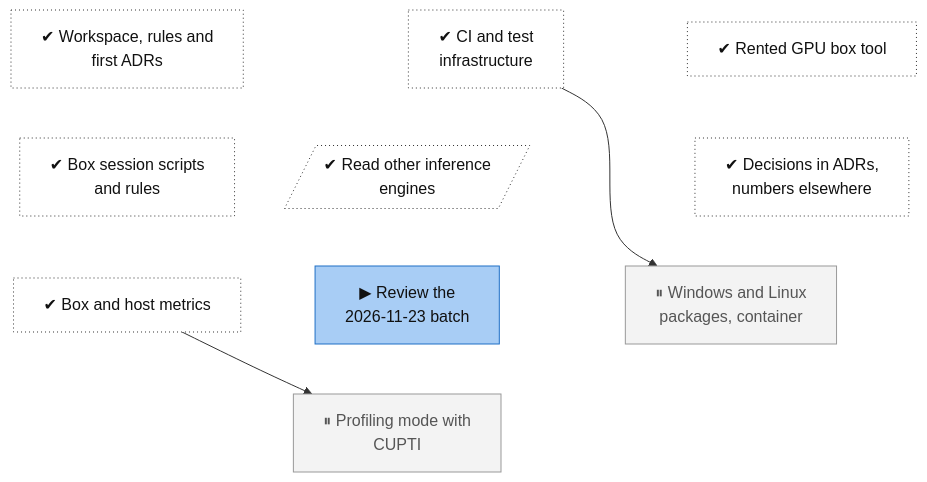
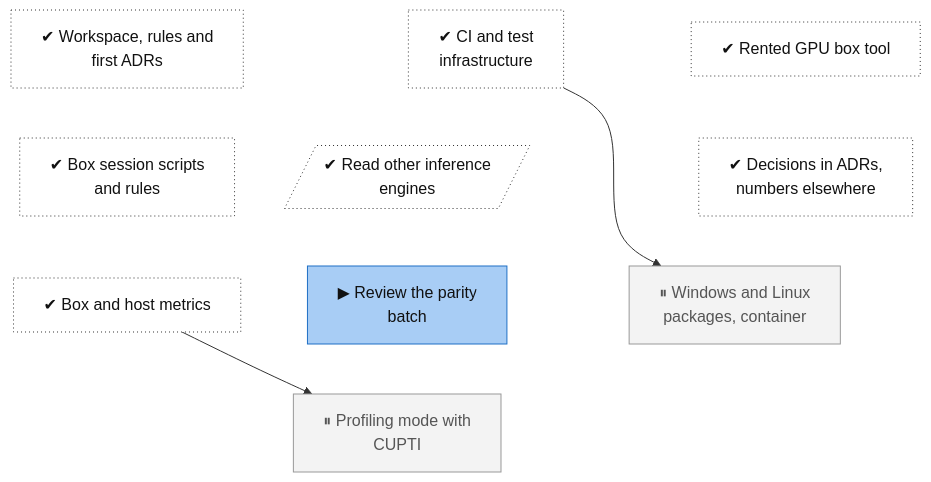
The diagram in docs/roadmap/tracks/ops.md (lhns/tetraeder), drawn with Mermaid before and after one commit. The commit also changed other lines of this file and 3 other files, not shown here.

Commit message:
Roadmap: review node title in plain words (not measured)

````diff
--- a/docs/roadmap/tracks/ops.md
+++ b/docs/roadmap/tracks/ops.md
@@ -10,41 +10,41 @@
 ```mermaid
 flowchart TB
     ops_foundations["✔ Workspace, rules and<br/>first ADRs"]
     ops_ci["✔ CI and test<br/>infrastructure"]
     ops_taxameter["✔ Rented GPU box tool"]
     ops_box_driver["✔ Box session scripts<br/>and rules"]
     ops_external_reads[/"✔ Read other inference<br/>engines"/]
     ops_docs["✔ Decisions in ADRs,<br/>numbers elsewhere"]
     ops_telemetry["✔ Box and host metrics"]
-    ops_review_parity_batch["▶ Review the<br/>2026-11-23 batch"]
+    ops_review_parity_batch["▶ Review the parity<br/>batch"]
     ops_packages["⏸ Windows and Linux<br/>packages, container"]
     ops_profiling_mode["⏸ Profiling mode with<br/>CUPTI"]
     ops_foundations ~~~ ops_box_driver
     ops_ci ~~~ ops_external_reads
     ops_taxameter ~~~ ops_docs
     ops_box_driver ~~~ ops_telemetry
     ops_external_reads ~~~ ops_review_parity_batch
     ops_docs ~~~ ops_packages
     ops_telemetry ~~~ ops_profiling_mode
     ops_review_parity_batch ~~~ ops_profiling_mode
     ops_packages ~~~ ops_profiling_mode
     ops_ci --> ops_packages
     ops_telemetry --> ops_profiling_mode
     classDef vsucc fill:#2e9e4f,stroke:#1b6b34,color:#fff
     classDef succ fill:#bfe8c8,stroke:#2e9e4f,color:#111
     classDef mixed fill:#ffd37a,stroke:#c98a00,color:#111
     classDef bad fill:#f28b82,stroke:#b3261e,color:#111
     classDef dead fill:#e6e6e6,stroke:#777,stroke-dasharray:5 5,color:#555
     classDef inprog fill:#a8cdf5,stroke:#1f6fc5,color:#111
     classDef next fill:#fff,stroke:#333,color:#111
     classDef blocked fill:#fff,stroke:#b3261e,stroke-dasharray:2 2,color:#111
     classDef parked fill:#f3f3f3,stroke:#999,color:#555
     classDef unrated fill:#fff,stroke:#333,stroke-dasharray:1 3,color:#111
     classDef gate fill:#d9c2f0,stroke:#7b3fb5,color:#111
     classDef decided fill:#ece0f7,stroke:#7b3fb5,stroke-dasharray:2 2,color:#111
     classDef finding fill:#ffe0b2,stroke:#d84315,stroke-width:2px,color:#111
     classDef waiting fill:#e3f2fd,stroke:#1f6fc5,stroke-dasharray:5 5,color:#111
     class ops_foundations,ops_ci,ops_taxameter,ops_box_driver,ops_external_reads,ops_docs,ops_telemetry unrated
     class ops_review_parity_batch inprog
     class ops_packages,ops_profiling_mode parked
 ```
````
